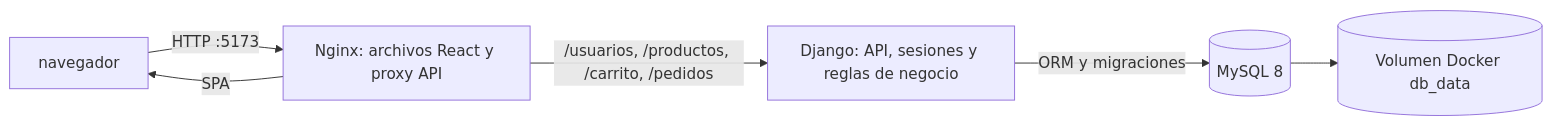
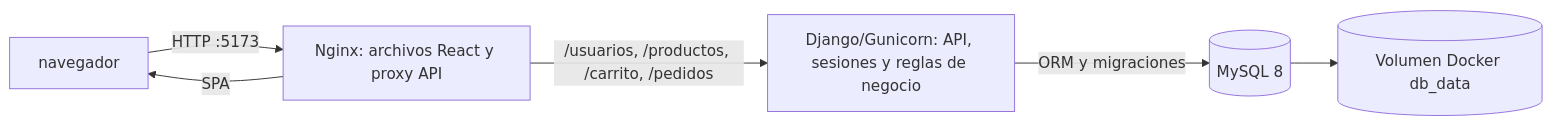
Before and after one commit to JuanGal99/LicoMart: the diagram in README.md, drawn with Mermaid. The commit also changed other lines of this file and 3 other files, not shown here.

````diff
--- a/README.md
+++ b/README.md
@@ -20,14 +60,14 @@
 ```mermaid
 flowchart LR
     Browser[ navegador ]
     Nginx[Nginx: archivos React y proxy API]
-    Django[Django: API, sesiones y reglas de negocio]
+    Django[Django/Gunicorn: API, sesiones y reglas de negocio]
     MySQL[(MySQL 8)]
     Volume[(Volumen Docker db_data)]
 
     Browser -->|HTTP :5173| Nginx
     Nginx -->|SPA| Browser
     Nginx -->|/usuarios, /productos, /carrito, /pedidos| Django
     Django -->|ORM y migraciones| MySQL
     MySQL --> Volume
 ```
````
